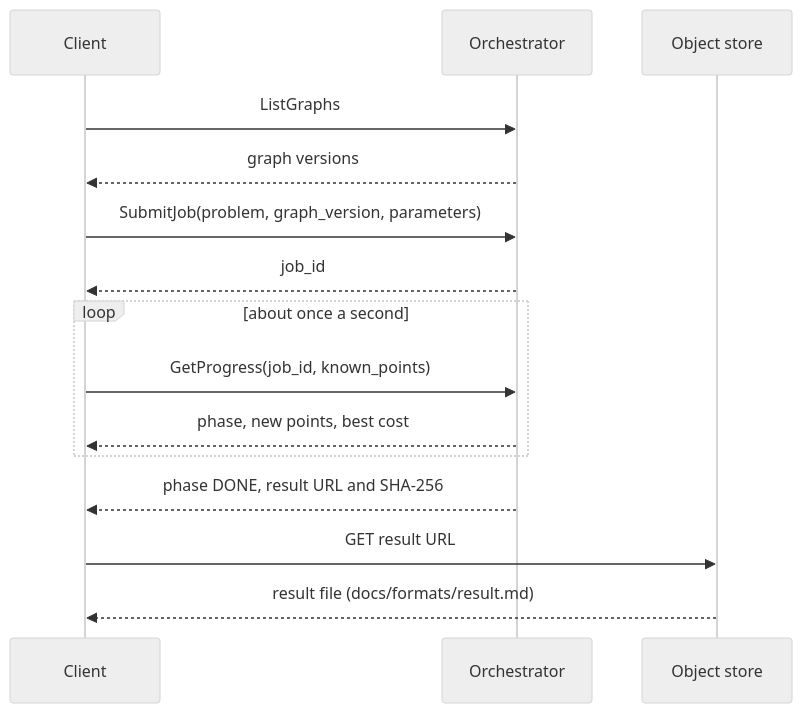
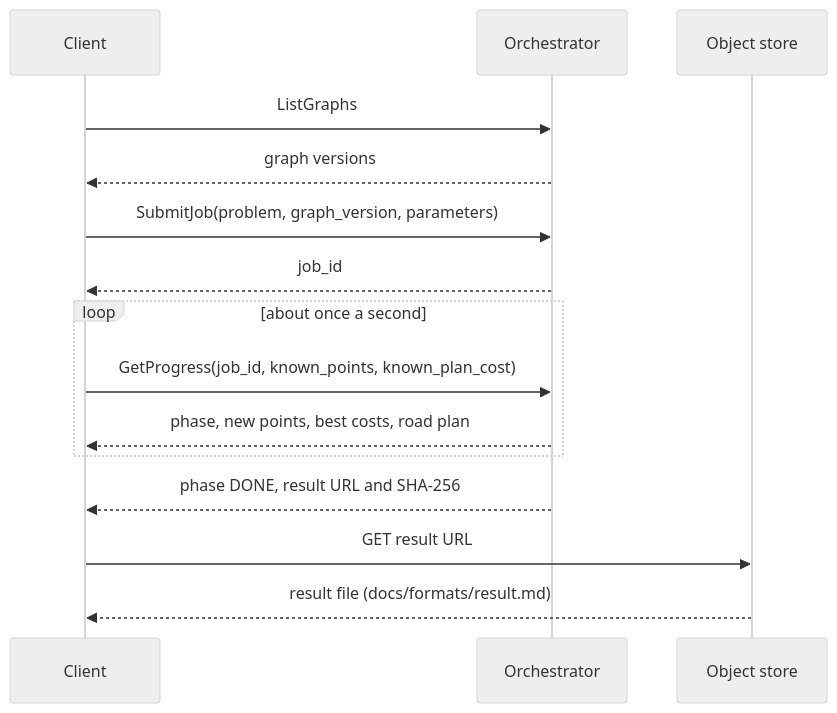
One commit to PogSmok/vrp-distributed changed the second of 4 diagrams in docs/formats/protocol.md. Above: the diagram before and after it, drawn with Mermaid (neutral theme). The commit also changed other lines of this file and 76 other files, not shown here.

````diff
--- a/docs/formats/protocol.md
+++ b/docs/formats/protocol.md
@@ -70,17 +70,17 @@
 ```mermaid
 sequenceDiagram
     participant C as Client
     participant O as Orchestrator
     participant S as Object store
     C->>O: ListGraphs
     O-->>C: graph versions
     C->>O: SubmitJob(problem, graph_version, parameters)
     O-->>C: job_id
     loop about once a second
-        C->>O: GetProgress(job_id, known_points)
-        O-->>C: phase, new points, best cost
+        C->>O: GetProgress(job_id, known_points, known_plan_cost)
+        O-->>C: phase, new points, best costs, road plan
     end
     O-->>C: phase DONE, result URL and SHA-256
     C->>S: GET result URL
     S-->>C: result file (docs/formats/result.md)
 ```
````
